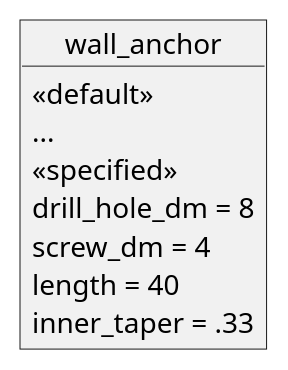
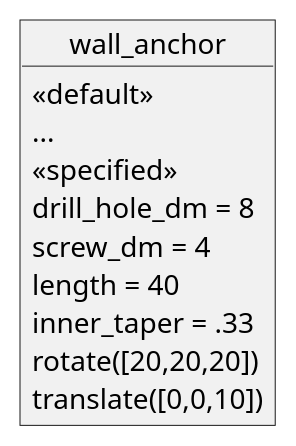
Before and after one commit to lj314159/openScad: the third of 4 diagrams in masOpenScad/documentation.md, drawn with PlantUML. The commit also changed other lines of this file and 1 other file, not shown here.

````diff
--- a/masOpenScad/documentation.md
+++ b/masOpenScad/documentation.md
@@ -48,14 +48,15 @@
 ```puml
 @startuml
 object wall_anchor {
 <<default>>
 ...
 <<specified>>
 drill_hole_dm = 8
 screw_dm = 4
 length = 40
 inner_taper = .33
-
+rotate([20,20,20])
+translate([0,0,10])
 }
 @enduml
 ```
````
